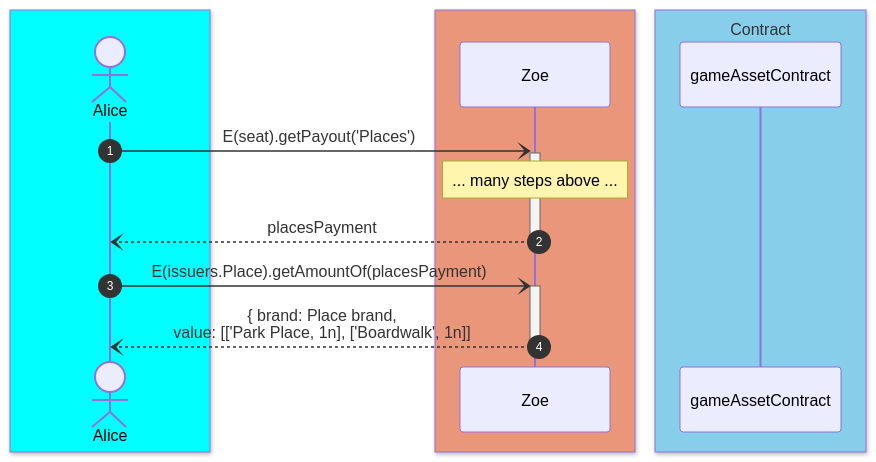
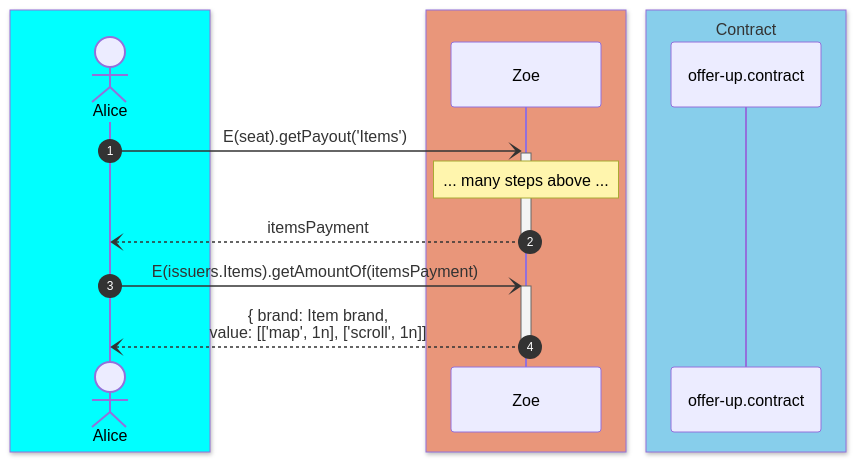
One commit to Agoric/documentation changed the diagram in main/guides/zoe/assets/trade-offer-safety-5.mmd. Above: the diagram before and after it, drawn with Mermaid. The commit also changed 9 other files, not shown here.

Commit message:
docs: update mermaid diagrams

```diff
--- a/main/guides/zoe/assets/trade-offer-safety-5.mmd
+++ b/main/guides/zoe/assets/trade-offer-safety-5.mmd
@@ -1,20 +1,20 @@
 sequenceDiagram
   autonumber
 
   box aqua
   actor A as Alice
   end
 
   box darksalmon
   participant Zoe
   end
 
   box skyblue Contract
-  participant C as gameAssetContract
+  participant C as offer-up.contract
   end
 
-    A-)+Zoe: E(seat).getPayout('Places')
+    A-)+Zoe: E(seat).getPayout('Items')
     Note over Zoe: ... many steps above ...
-    Zoe--)-A: placesPayment
-    A-)+Zoe: E(issuers.Place).getAmountOf(placesPayment)
-    Zoe--)-A: { brand: Place brand,<br> value: [['Park Place, 1n], ['Boardwalk', 1n]]
+    Zoe--)-A: itemsPayment
+    A-)+Zoe: E(issuers.Items).getAmountOf(itemsPayment)
+    Zoe--)-A: { brand: Item brand,<br> value: [['map', 1n], ['scroll', 1n]]
```
